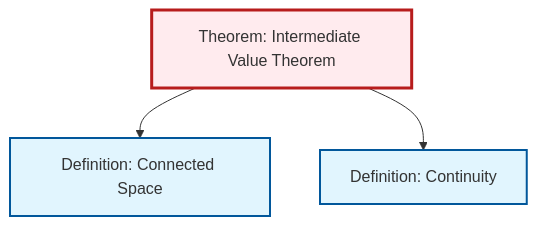
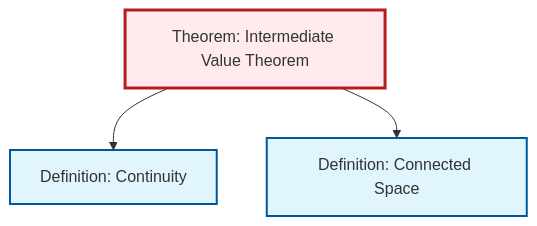
Before and after one commit to RK0429/ModernMath: the diagram in content/en/topology/thm-intermediate-value.qmd, drawn with Mermaid. The commit also changed 511 other files, not shown here.

````diff
--- a/content/en/topology/thm-intermediate-value.qmd
+++ b/content/en/topology/thm-intermediate-value.qmd
@@ -50,18 +50,15 @@
 ```{mermaid}
 %%| fig-cap: "Local dependency graph"
 graph TD
     classDef definition fill:#e1f5fe,stroke:#01579b,stroke-width:2px
     classDef theorem fill:#f3e5f5,stroke:#4a148c,stroke-width:2px
     classDef axiom fill:#fff3e0,stroke:#e65100,stroke-width:2px
     classDef example fill:#e8f5e9,stroke:#1b5e20,stroke-width:2px
     classDef current fill:#ffebee,stroke:#b71c1c,stroke-width:3px
+    thm-intermediate-value["Theorem: Intermediate Value Theorem"]:::theorem
+    def-continuity["Definition: Continuity"]:::definition
     def-connected["Definition: Connected Space"]:::definition
-    def-continuity["Definition: Continuity"]:::definition
-    thm-intermediate-value["Theorem: Intermediate Value Theorem"]:::theorem
+    thm-intermediate-value --> def-continuity
     thm-intermediate-value --> def-connected
-    thm-intermediate-value --> def-continuity
     class thm-intermediate-value current
-
-    click def-connected "def-connected.html" "Go to Connected Space definition"
-    click def-continuity "def-continuity.html" "Go to Continuity definition"
 ```
````
